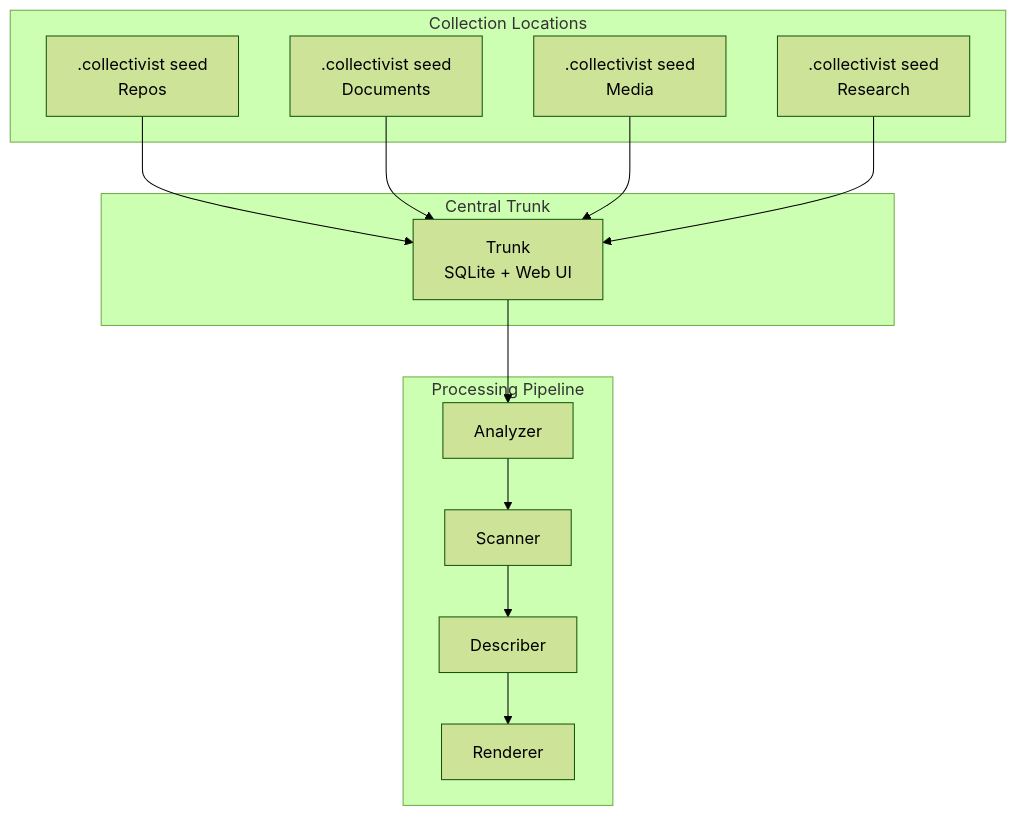
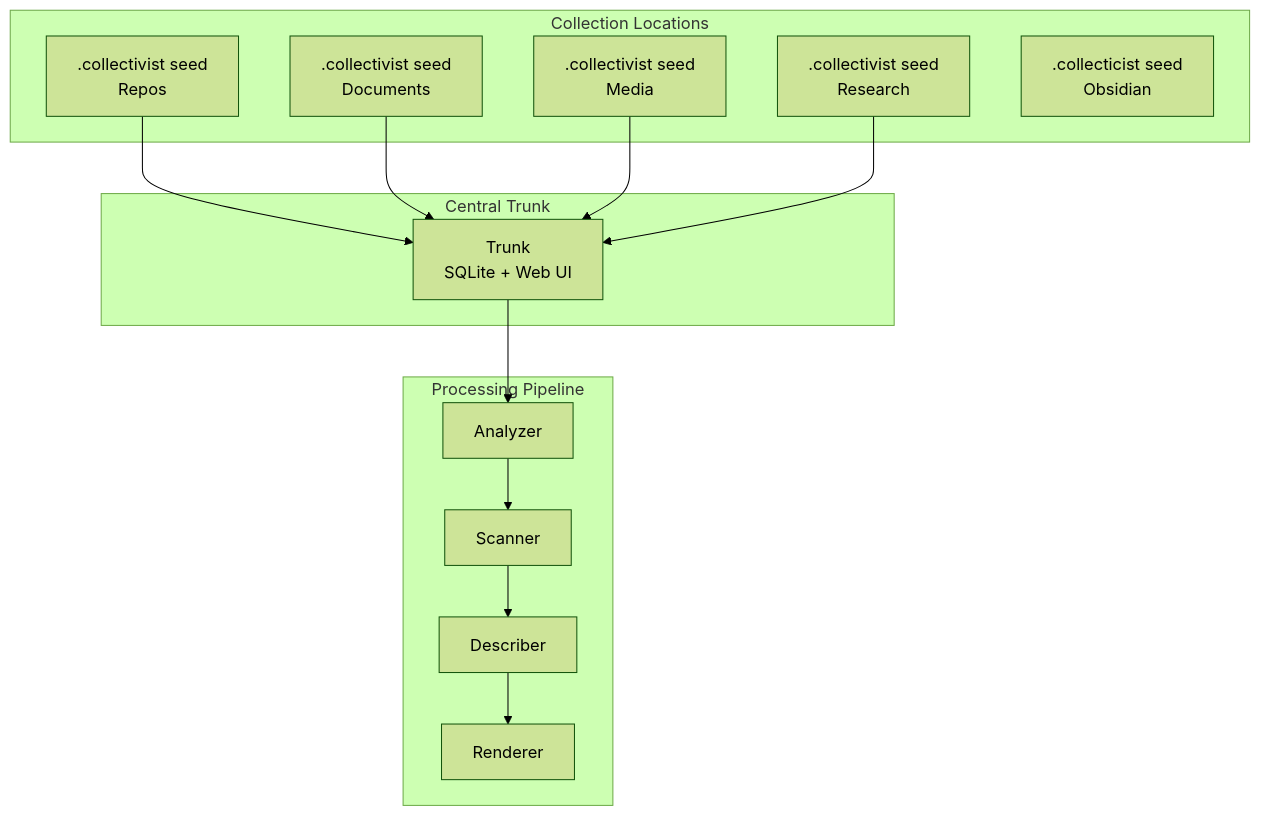
The diagram in .kiro/specs/collectivist/design.md (SyntaxAsSpiral/Collectivist), drawn with Mermaid (forest theme) before and after one commit. The commit also changed 1 other file, not shown here.

Commit message:
update specs, hooks, gitignore, and README

````diff
--- a/.kiro/specs/collectivist/design.md
+++ b/.kiro/specs/collectivist/design.md
@@ -15,26 +15,27 @@
 ```mermaid
 graph TB
     subgraph "Collection Locations"
         S1[".collectivist seed<br/>Repos"]
         S2[".collectivist seed<br/>Documents"] 
         S3[".collectivist seed<br/>Media"]
         S4[".collectivist seed<br/>Research"]
+        S5[".collecticist seed<br>Obsidian"]
     end
     
     subgraph "Central Trunk"
         T[Trunk<br/>SQLite + Web UI]
     end
     
     subgraph "Processing Pipeline"
         A[Analyzer] --> SC[Scanner]
         SC --> D[Describer]
         D --> R[Renderer]
     end
     
     S1 --> T
     S2 --> T
     S3 --> T
     S4 --> T
     
     T --> A
 ```
````
